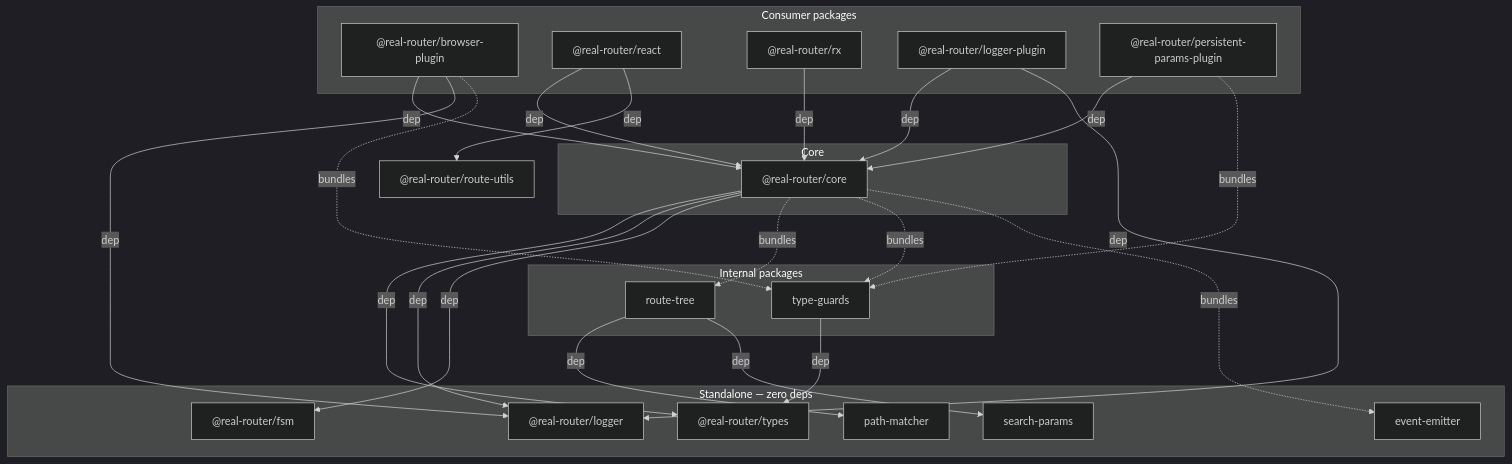
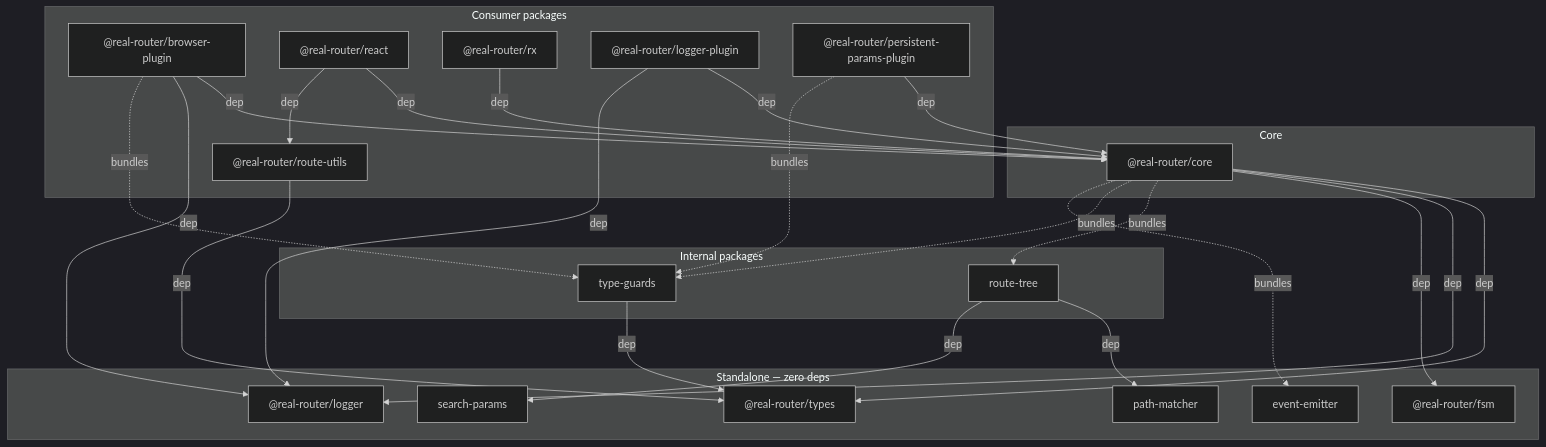
Before and after one commit to greydragon888/real-router: the first of 2 diagrams in ARCHITECTURE.md, drawn with Mermaid (dark theme). The commit also changed 10 other files, not shown here.

Commit message:
refactor(route-utils): replace route-tree dependency with local RouteTreeNode interface

````diff
--- a/ARCHITECTURE.md
+++ b/ARCHITECTURE.md
@@ -29,52 +29,54 @@
 ```mermaid
 graph TD
     subgraph standalone [Standalone — zero deps]
         PM[path-matcher]
         SP[search-params]
         EE[event-emitter]
         FSM["@real-router/fsm"]
         LOG["@real-router/logger"]
         TYPES["@real-router/types"]
     end
 
     subgraph internal [Internal packages]
         TG[type-guards] -->|dep| TYPES
         RT[route-tree] -->|dep| PM
         RT -->|dep| SP
     end
 
     subgraph core [Core]
         CORE["@real-router/core"]
     end
 
     CORE -->|dep| TYPES
     CORE -->|dep| LOG
     CORE -->|dep| FSM
     CORE -.->|bundles| RT
     CORE -.->|bundles| TG
     CORE -.->|bundles| EE
 
     subgraph consumers [Consumer packages]
         BP["@real-router/browser-plugin"]
         REACT["@real-router/react"]
         RX["@real-router/rx"]
         LP["@real-router/logger-plugin"]
         PPP["@real-router/persistent-params-plugin"]
+        ROUTEUTILS["@real-router/route-utils"]
     end
 
     BP -->|dep| CORE
     BP -->|dep| LOG
     BP -.->|bundles| TG
 
     LP -->|dep| CORE
     LP -->|dep| LOG
 
     REACT -->|dep| CORE
-    REACT -->|dep| ROUTEUTILS["@real-router/route-utils"]
+    REACT -->|dep| ROUTEUTILS
 
     RX -->|dep| CORE
 
     PPP -->|dep| CORE
     PPP -.->|bundles| TG
 
+    ROUTEUTILS -->|dep| TYPES
 ```
````
